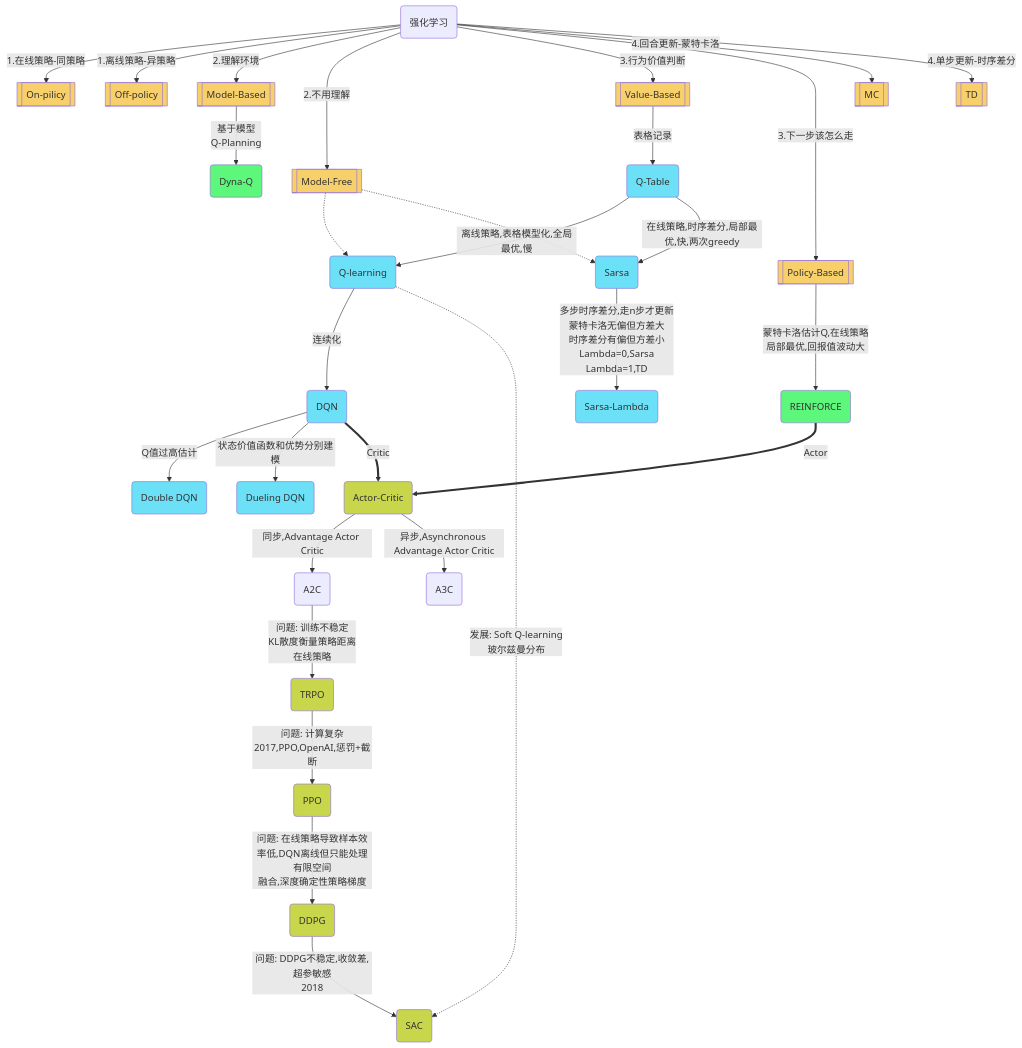
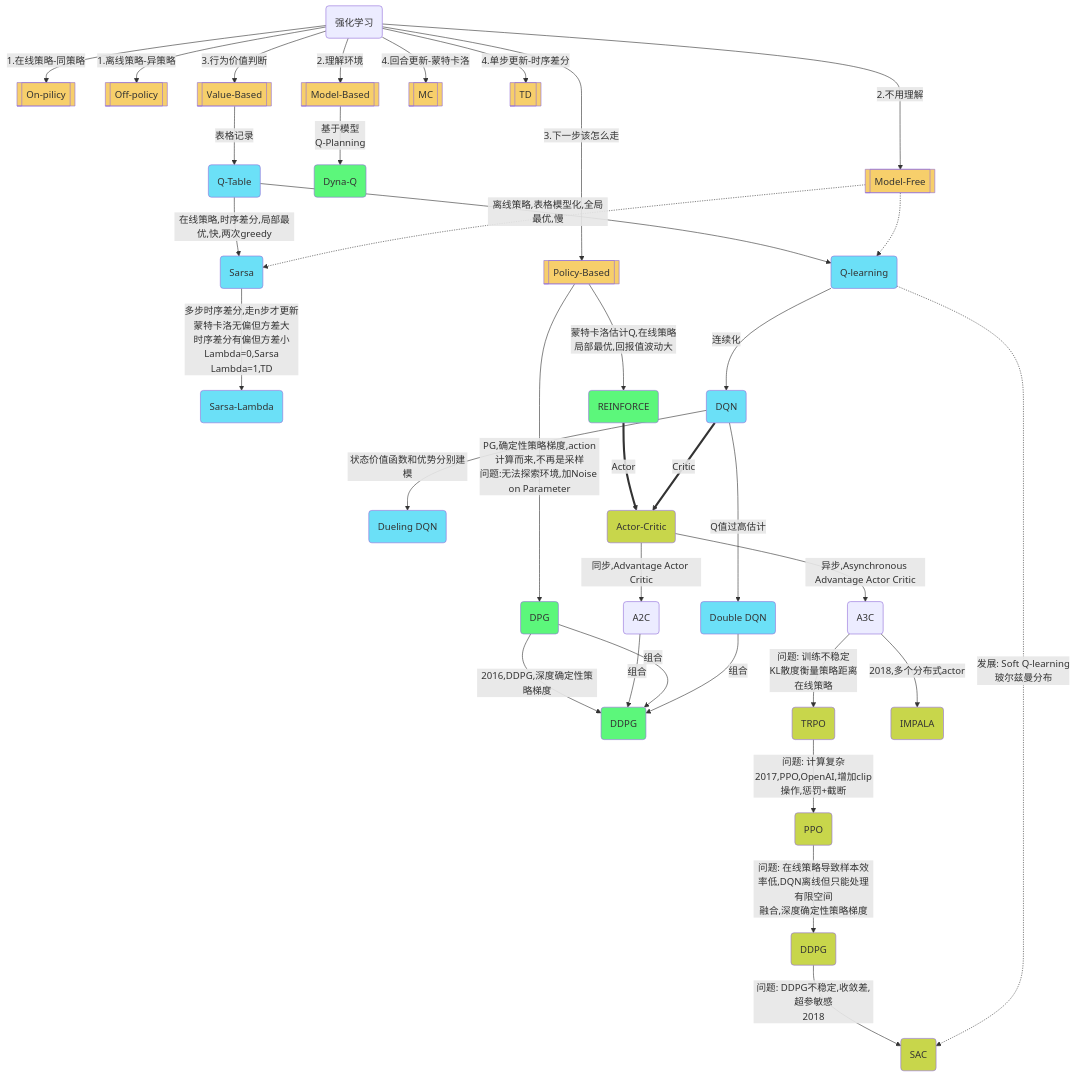
The diagram in _posts/2020-05-14-RL.md (Gaohaoyang/gaohaoyang.github.io), drawn with Mermaid before and after one commit. The commit also changed other lines of this file, not shown here.

```diff
--- a/_posts/2020-05-14-RL.md
+++ b/_posts/2020-05-14-RL.md
@@ -728,46 +744,51 @@
 <div class="mermaid">
     flowchart TD
     %% 节点颜色
     classDef red fill:#f02;
     classDef green fill:#5CF77B;
     classDef blue fill:#6BE0F7;
     classDef orange fill:#F7CF6B;
     classDef grass fill:#C8D64B;
     %%节点关系定义
     O(强化学习)
     O -->|1.在线策略-同策略| S[[On-pilicy]]:::orange
     O -->|1.离线策略-异策略| N[[Off-policy]]:::orange
 
     O -->|2.理解环境| MB[[Model-Based]]:::orange
     O -->|2.不用理解| MF[[Model-Free]]:::orange
     MB -->|基于模型\nQ-Planning|MB1(Dyna-Q):::green
     
     O -->|3.行为价值判断| V[[Value-Based]]:::orange
     O -->|3.下一步该怎么走| P[[Policy-Based]]:::orange
 
     O -->|4.回合更新-蒙特卡洛| MC[[MC]]:::orange
     O -->|4.单步更新-时序差分| T[[TD]]:::orange
 
     V -->|表格记录| V1(Q-Table):::blue
     V1 -->|离线策略,表格模型化,全局最优,慢| V2(Q-learning):::blue
     V1 -->|在线策略,时序差分,局部最优,快,两次greedy| V21(Sarsa):::blue
     MF -.->V2 & V21
     V21 -->|多步时序差分,走n步才更新\n蒙特卡洛无偏但方差大\n时序差分有偏但方差小\nLambda=0,Sarsa\nLambda=1,TD| V22(Sarsa-Lambda):::blue
     V2 -->|连续化| V3(DQN):::blue
     V3 -->|Q值过高估计| V31(Double DQN):::blue
     V3 -->|状态价值函数和优势分别建模| V32(Dueling DQN):::blue
 
     P -->|蒙特卡洛估计Q,在线策略\n局部最优,回报值波动大| P1(REINFORCE):::green
+    P -->|PG,确定性策略梯度,action计算而来,不再是采样\n问题:无法探索环境,加Noise on Parameter| P2(DPG):::green
+    P2 -->|2016,DDPG,深度确定性策略梯度| P3(DDPG):::green
 
     P1 ==>|Actor| M(Actor-Critic):::grass
     V3 ==>|Critic| M
 
     M -->|同步,Advantage Actor Critic| Ma(A2C)
     M -->|异步,Asynchronous Advantage Actor Critic| Mb(A3C)
+    Ma & P2 & V31 -->|组合| P3
 
-    Ma -->|问题: 训练不稳定\nKL散度衡量策略距离\n在线策略|M1(TRPO):::grass
-    M1 -->|问题: 计算复杂\n2017,PPO,OpenAI,惩罚+截断|M2(PPO):::grass
+    Mb -->|问题: 训练不稳定\nKL散度衡量策略距离\n在线策略|M1(TRPO):::grass
+    M1 -->|问题: 计算复杂\n2017,PPO,OpenAI,增加clip操作,惩罚+截断|M2(PPO):::grass
     M2 -->|问题: 在线策略导致样本效率低,DQN离线但只能处理有限空间\n融合,深度确定性策略梯度| M3(DDPG):::grass
     M3 -->|问题: DDPG不稳定,收敛差,超参敏感\n2018|M4(SAC):::grass
+    Mb -->|2018,多个分布式actor|M5(IMPALA):::grass
     V2 -.->|发展: Soft Q-learning\n玻尔兹曼分布| M4
+    
 </div>
```
